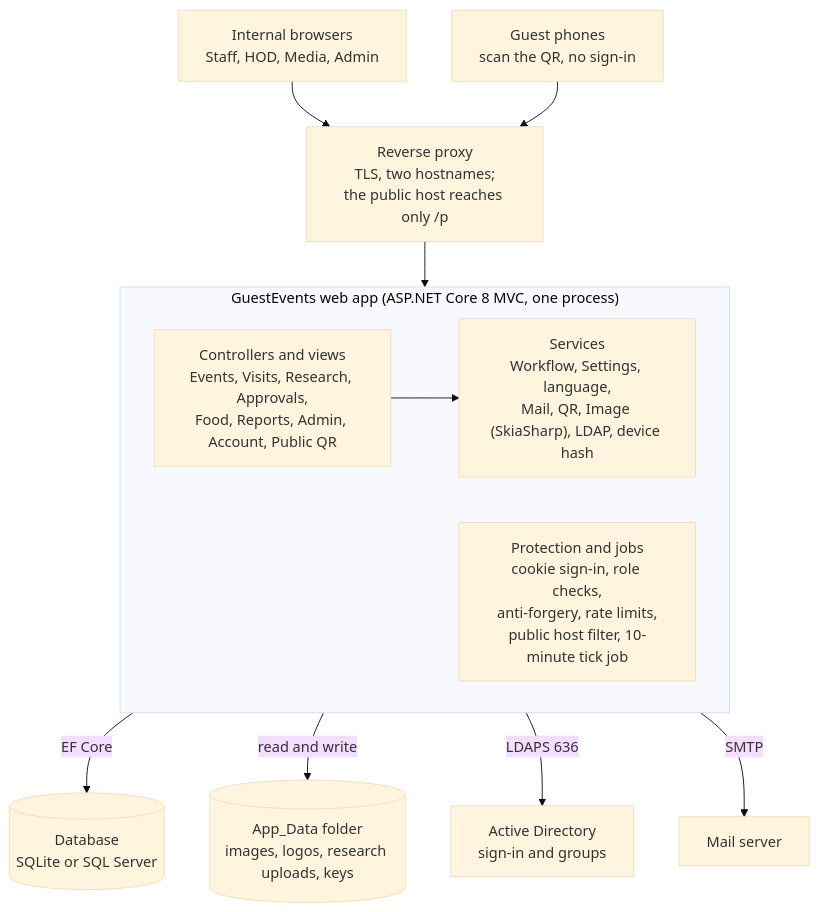
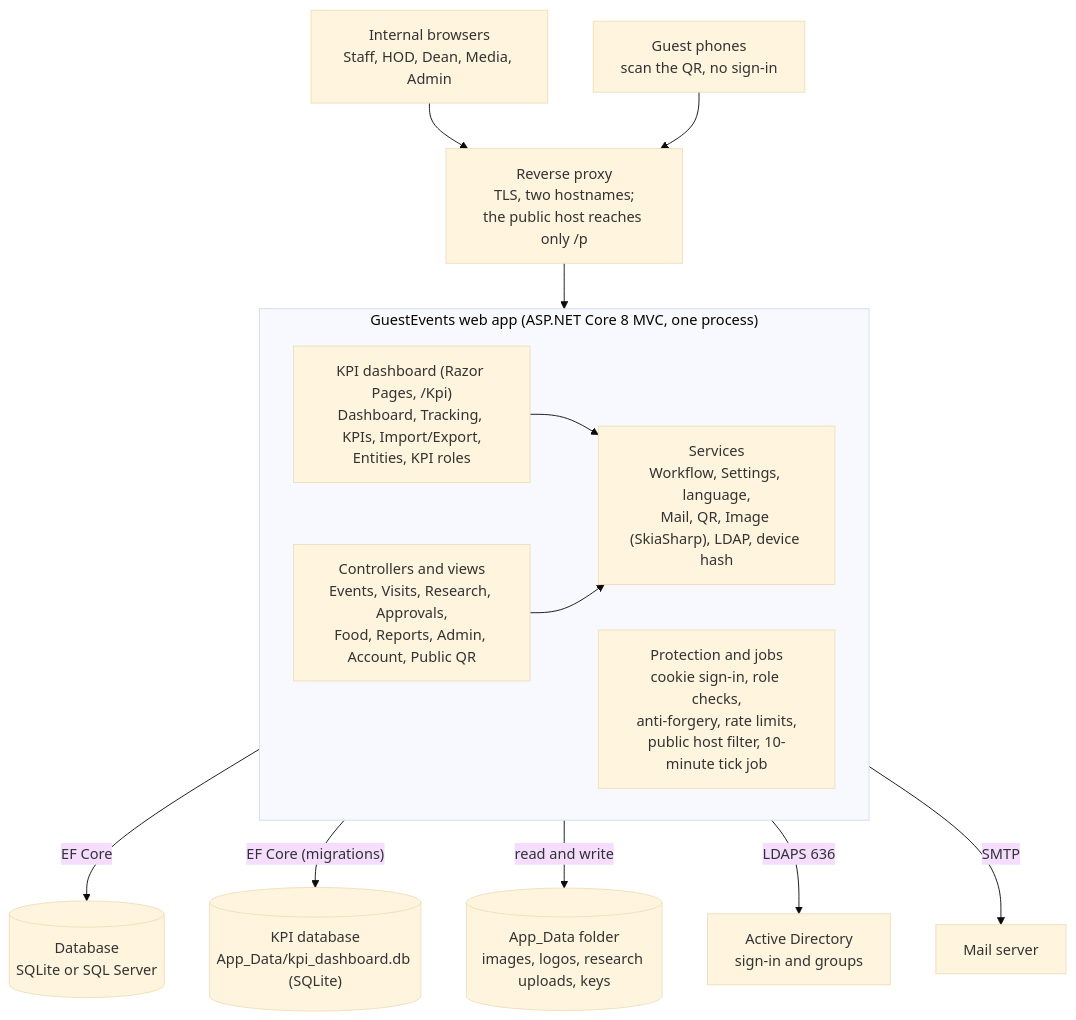
The second of 2 diagrams in docs/PRD.md (AhmedAlsudairy/dot-net-event-mangement), drawn with Mermaid (base theme) before and after one commit. The commit also changed other lines of this file and 108 other files, not shown here.

First line of the commit message:
Merge the KPI dashboard, add configurable approvals, roles and a role-based home

````diff
--- a/docs/PRD.md
+++ b/docs/PRD.md
@@ -174,19 +188,22 @@
 ```mermaid
 flowchart TD
-    IB["Internal browsers<br/>Staff, HOD, Media, Admin"] --> PX
+    IB["Internal browsers<br/>Staff, HOD, Dean, Media, Admin"] --> PX
     GP["Guest phones<br/>scan the QR, no sign-in"] --> PX
     PX["Reverse proxy<br/>TLS, two hostnames;<br/>the public host reaches only /p"]
     PX --> APP
 
     subgraph APP["GuestEvents web app (ASP.NET Core 8 MVC, one process)"]
         CT["Controllers and views<br/>Events, Visits, Research, Approvals,<br/>Food, Reports, Admin, Account, Public QR"]
+        KP["KPI dashboard (Razor Pages, /Kpi)<br/>Dashboard, Tracking, KPIs, Import/Export,<br/>Entities, KPI roles"]
+        KP --> SV
         SV["Services<br/>Workflow, Settings, language,<br/>Mail, QR, Image (SkiaSharp), LDAP, device hash"]
         PR["Protection and jobs<br/>cookie sign-in, role checks,<br/>anti-forgery, rate limits,<br/>public host filter, 10-minute tick job"]
         CT --> SV
     end
 
     APP -- "EF Core" --> DB[("Database<br/>SQLite or SQL Server")]
+    APP -- "EF Core (migrations)" --> KDB[("KPI database<br/>App_Data/kpi_dashboard.db (SQLite)")]
     APP -- "read and write" --> FS[("App_Data folder<br/>images, logos, research uploads, keys")]
     APP -- "LDAPS 636" --> AD["Active Directory<br/>sign-in and groups"]
     APP -- "SMTP" --> SM["Mail server"]
 ```
````
